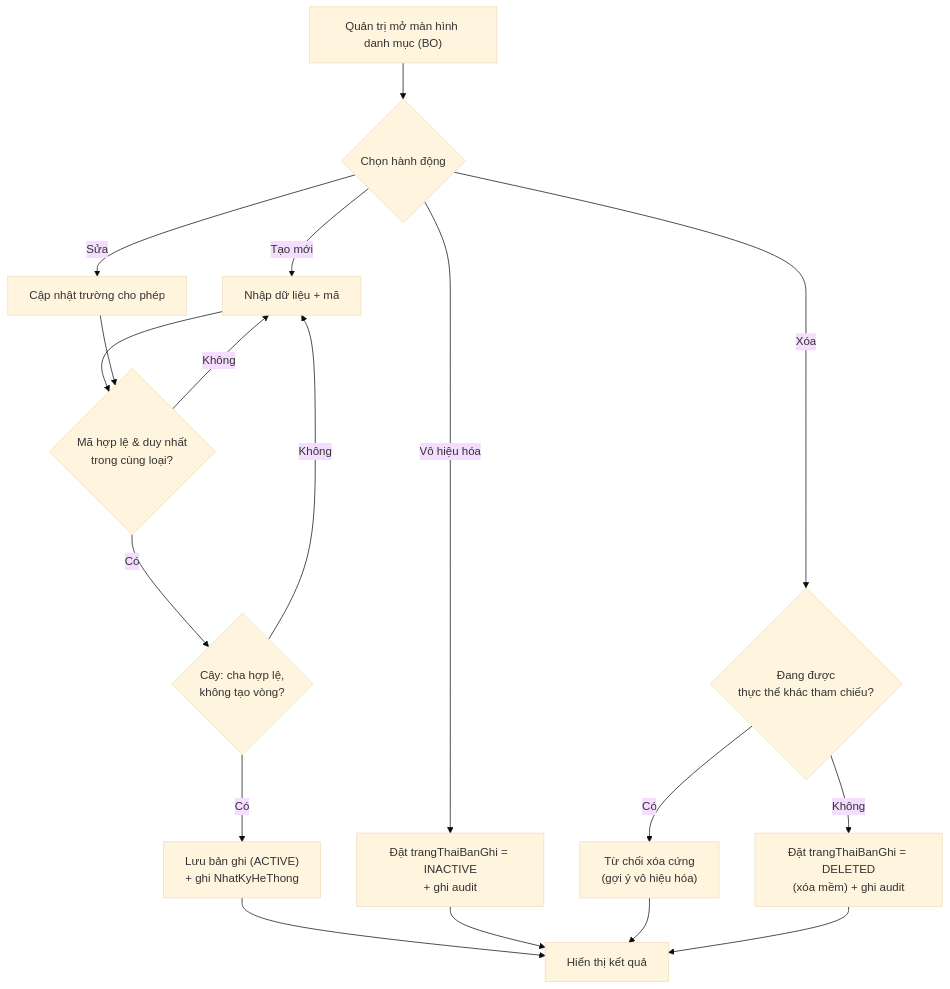
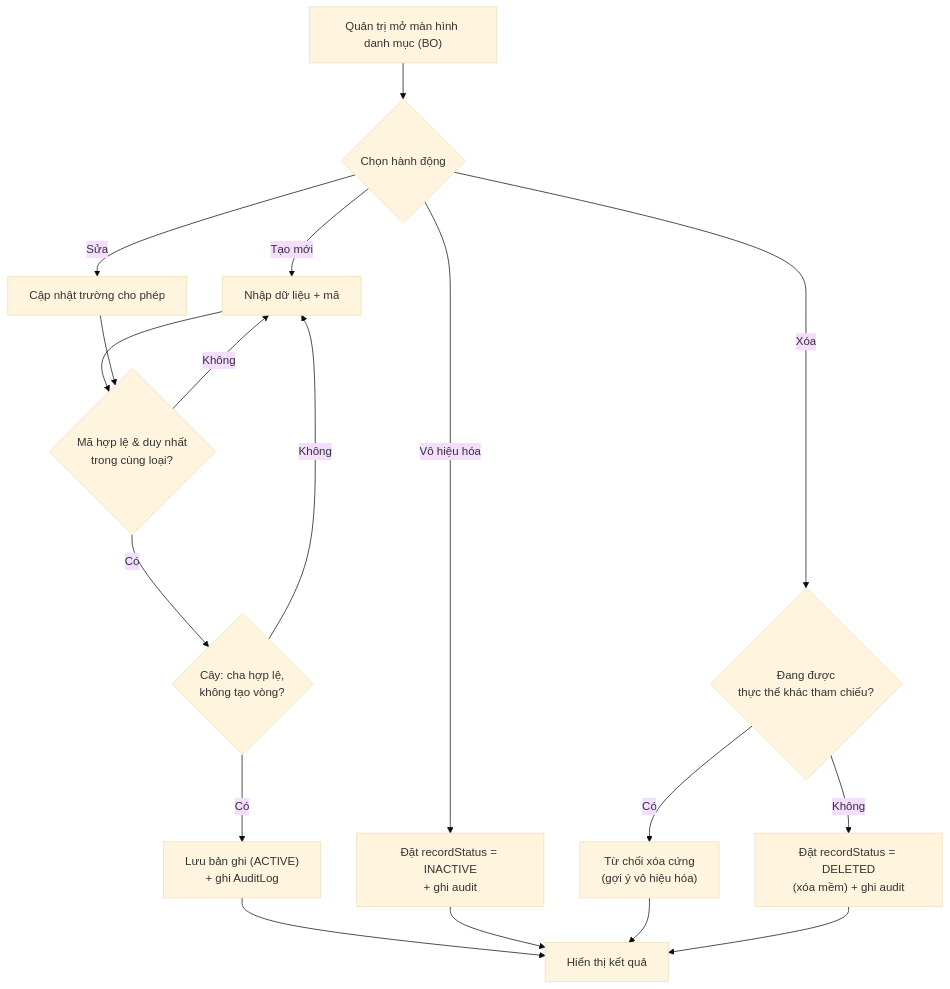
One commit to PTZero2026/rms-docs changed the diagram in docs/features/B01-danh-muc-cau-hinh/spec.md. Above: the diagram before and after it, drawn with Mermaid (base theme). The commit also changed other lines of this file and 44 other files, not shown here.

Commit message:
docs: update project roadmap, architecture decisions, and comprehensive documentation for core features and testing plans

````diff
--- a/docs/features/B01-danh-muc-cau-hinh/spec.md
+++ b/docs/features/B01-danh-muc-cau-hinh/spec.md
@@ -58,20 +58,20 @@
 ```mermaid
 flowchart TD
     A["Quản trị mở màn hình danh mục (BO)"] --> B{Chọn hành động}
     B -->|Tạo mới| C["Nhập dữ liệu + mã"]
     C --> D{Mã hợp lệ & duy nhất<br/>trong cùng loại?}
     D -->|Không| C
     D -->|Có| E{"Cây: cha hợp lệ,<br/>không tạo vòng?"}
     E -->|Không| C
-    E -->|Có| F["Lưu bản ghi (ACTIVE)<br/>+ ghi NhatKyHeThong"]
+    E -->|Có| F["Lưu bản ghi (ACTIVE)<br/>+ ghi AuditLog"]
     B -->|Sửa| G["Cập nhật trường cho phép"]
     G --> D
-    B -->|Vô hiệu hóa| H["Đặt trangThaiBanGhi = INACTIVE<br/>+ ghi audit"]
+    B -->|Vô hiệu hóa| H["Đặt recordStatus = INACTIVE<br/>+ ghi audit"]
     B -->|Xóa| I{"Đang được<br/>thực thể khác tham chiếu?"}
     I -->|Có| J["Từ chối xóa cứng<br/>(gợi ý vô hiệu hóa)"]
-    I -->|Không| K["Đặt trangThaiBanGhi = DELETED<br/>(xóa mềm) + ghi audit"]
+    I -->|Không| K["Đặt recordStatus = DELETED<br/>(xóa mềm) + ghi audit"]
     F --> Z["Hiển thị kết quả"]
     H --> Z
     J --> Z
     K --> Z
 ```
````
